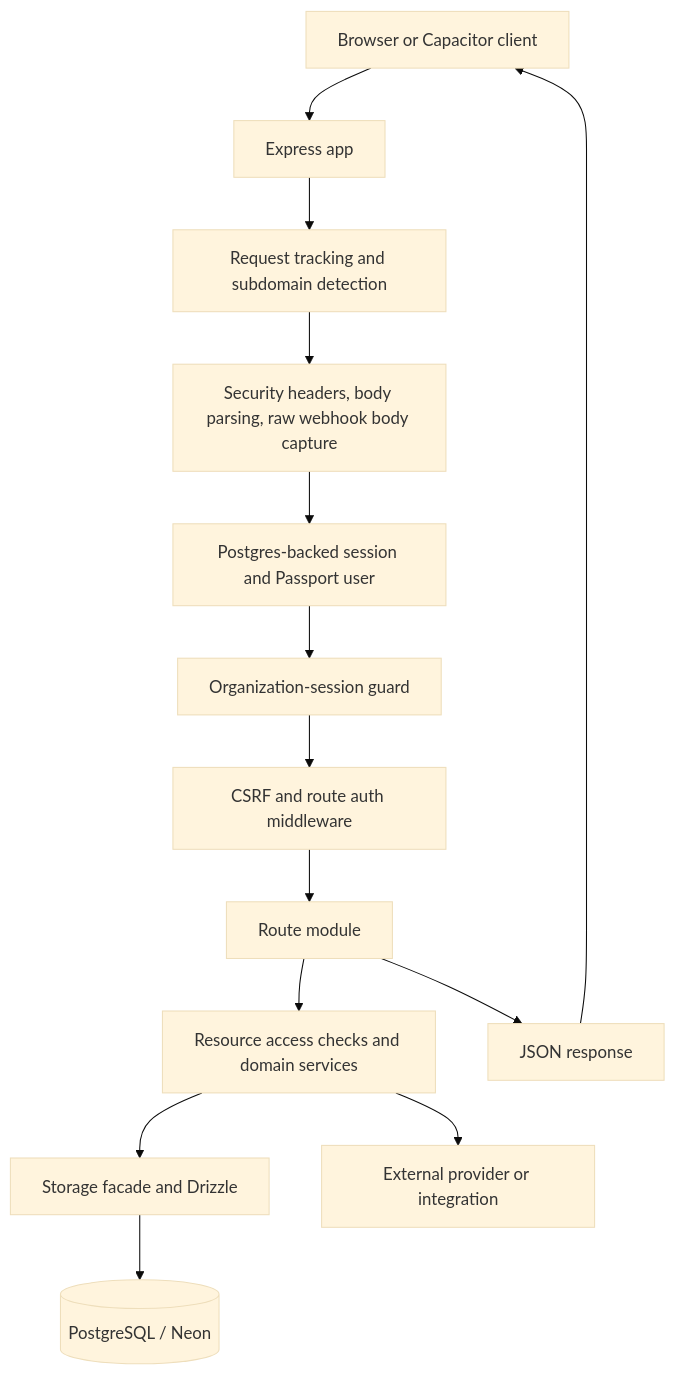
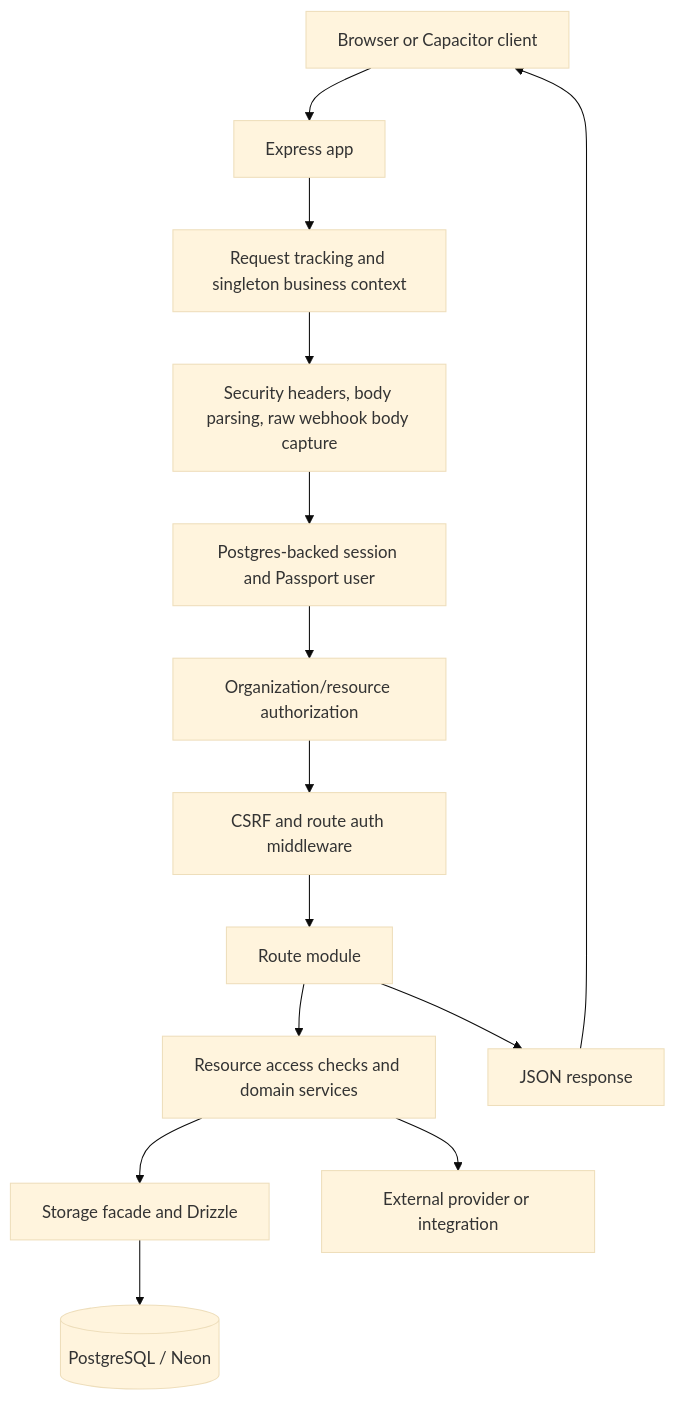
The first of 2 diagrams in docs/ARCHITECTURE.md (Tribowl-LLC/PGLeagueManagerApp), drawn with Mermaid (base theme) before and after one commit. The commit also changed other lines of this file and 158 other files, not shown here.

First line of the commit message:
feat: convert LeagueVault to a singleton organization (#252)

````diff
--- a/docs/ARCHITECTURE.md
+++ b/docs/ARCHITECTURE.md
@@ -154,16 +155,16 @@
 ```mermaid
 flowchart TD
     A["Browser or Capacitor client"] --> B[Express app]
-    B --> C[Request tracking and subdomain detection]
+    B --> C[Request tracking and singleton business context]
     C --> D[Security headers, body parsing, raw webhook body capture]
     D --> E[Postgres-backed session and Passport user]
-    E --> F[Organization-session guard]
+    E --> F[Organization/resource authorization]
     F --> G[CSRF and route auth middleware]
     G --> H[Route module]
     H --> I[Resource access checks and domain services]
     I --> J[Storage facade and Drizzle]
     J --> K[("PostgreSQL / Neon")]
     I --> L[External provider or integration]
     H --> M[JSON response]
     M --> A
 ```
````
